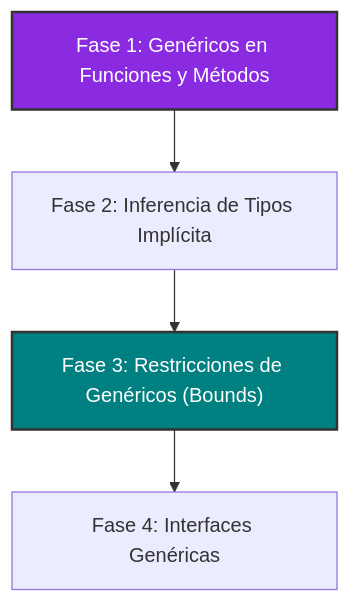
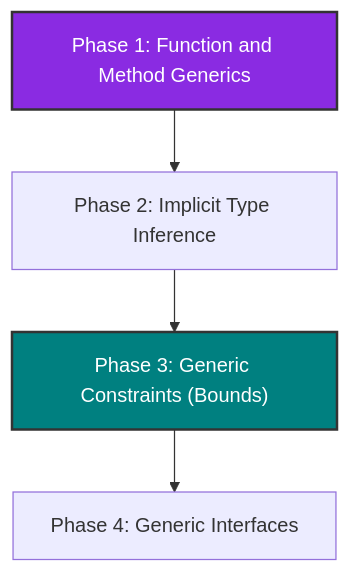
One commit to OGShawnLee/pino-lang changed the diagram in proposals/004-generics-evolution-roadmap.md. Above: the diagram before and after it, drawn with Mermaid. The commit also changed other lines of this file and 2 other files, not shown here.

Commit message:
feat: implement generic interfaces and translate generic roadmap RFC

````diff
--- a/proposals/004-generics-evolution-roadmap.md
+++ b/proposals/004-generics-evolution-roadmap.md
@@ -23,8 +23,8 @@
 ```mermaid
 graph TD
-    F1["Fase 1: Genéricos en Funciones y Métodos"] --> F2["Fase 2: Inferencia de Tipos Implícita"]
-    F2 --> F3["Fase 3: Restricciones de Genéricos (Bounds)"]
-    F3 --> F4["Fase 4: Interfaces Genéricas"]
+    F1["Phase 1: Function and Method Generics"] --> F2["Phase 2: Implicit Type Inference"]
+    F2 --> F3["Phase 3: Generic Constraints (Bounds)"]
+    F3 --> F4["Phase 4: Generic Interfaces"]
     style F1 fill:#8a2be2,stroke:#333,stroke-width:2px,color:#fff
     style F3 fill:#008080,stroke:#333,stroke-width:2px,color:#fff
 ```
````
